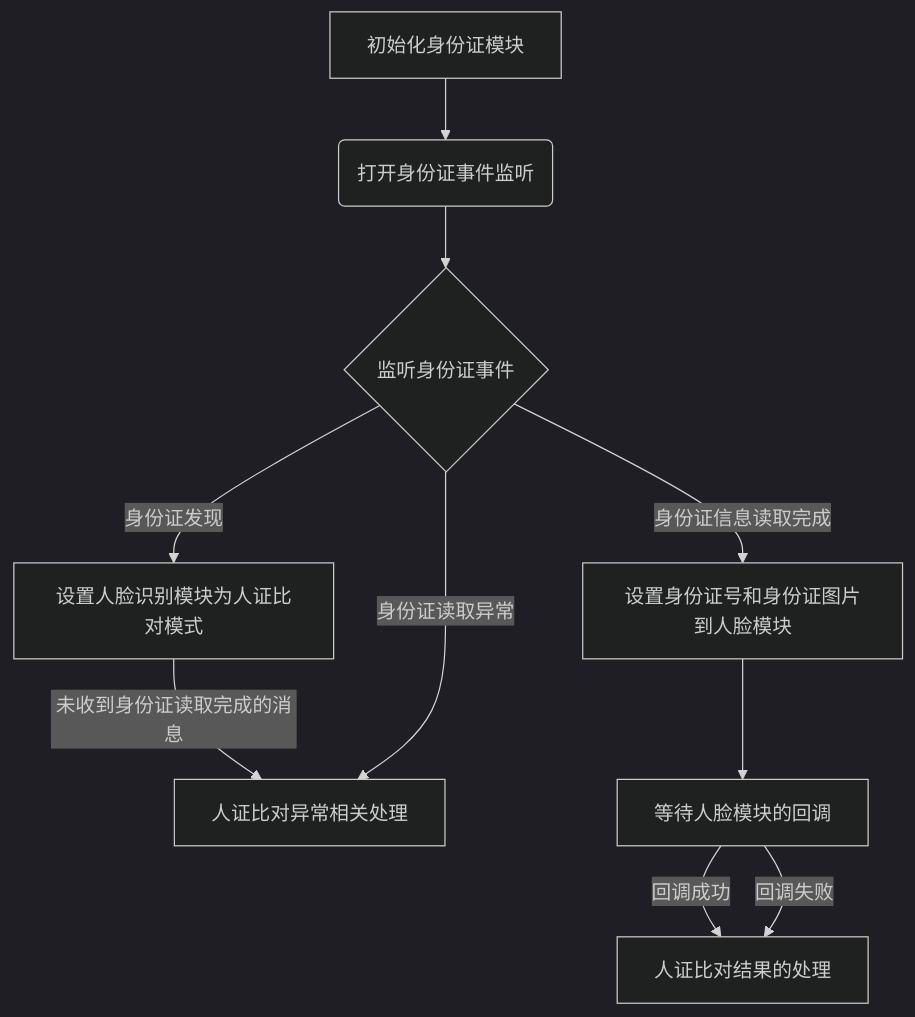
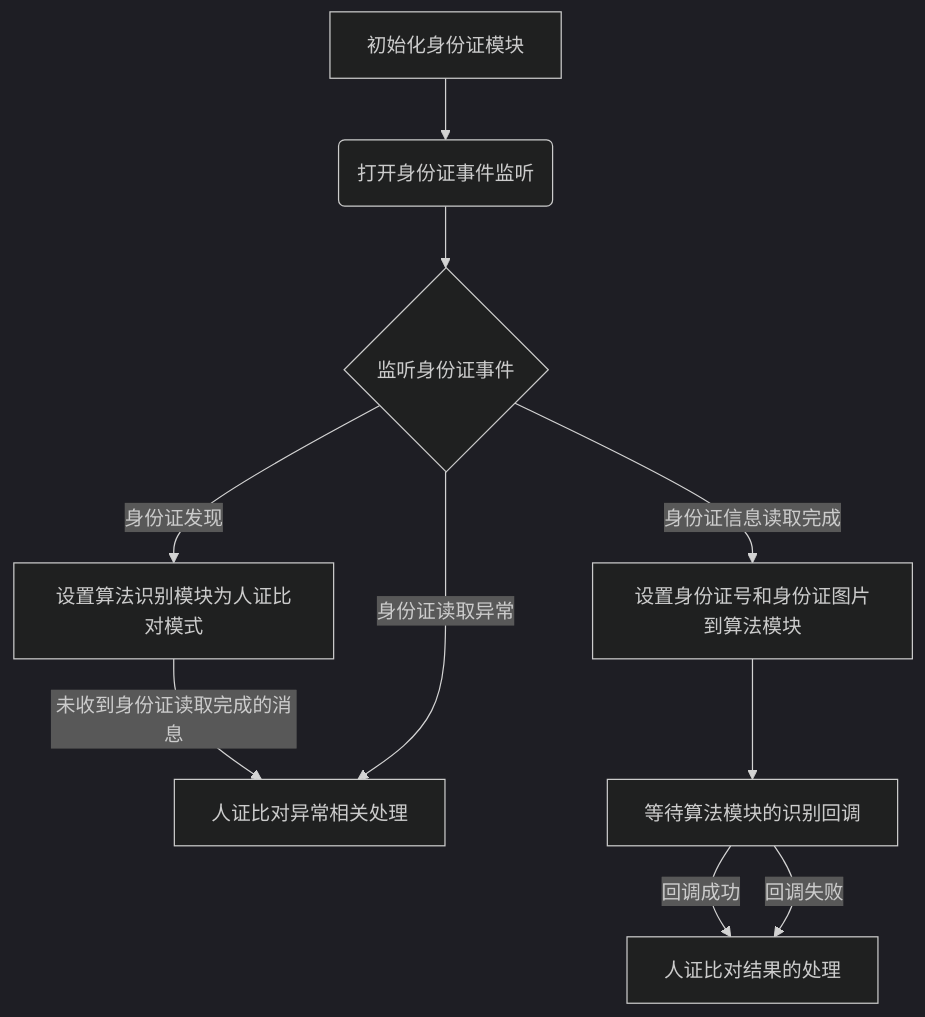
One commit to penosext/bs_haasui changed the diagram in docs/jsapi/bashi/pid.md. Above: the diagram before and after it, drawn with Mermaid (dark theme). The commit also changed other lines of this file, not shown here.

````diff
--- a/docs/jsapi/bashi/pid.md
+++ b/docs/jsapi/bashi/pid.md
@@ -105,14 +107,14 @@
 ```mermaid
 graph TD
     A[初始化身份证模块 ] --> B(打开身份证事件监听)
     B --> C{监听身份证事件}
-    C -->|身份证发现| D[设置人脸识别模块为人证比对模式]
+    C -->|身份证发现| D[设置算法识别模块为人证比对模式]
     D -->|未收到身份证读取完成的消息| E[人证比对异常相关处理]
-    C -->|身份证信息读取完成| F[设置身份证号和身份证图片到人脸模块]
-    F -->G[等待人脸模块的回调] 
+    C -->|身份证信息读取完成| F[设置身份证号和身份证图片到算法模块]
+    F -->G[等待算法模块的识别回调] 
     G -->|回调成功|E2[人证比对结果的处理]
     G -->|回调失败|E2[人证比对结果的处理]
     C -->|身份证读取异常| E
     
   
 ```
````
